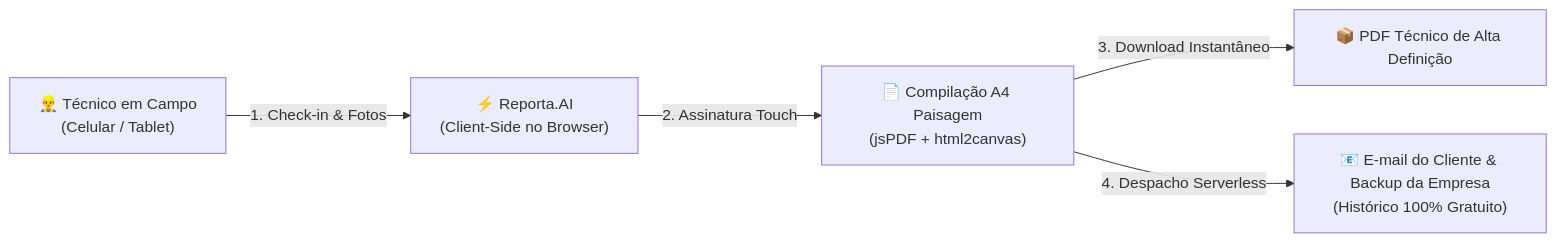
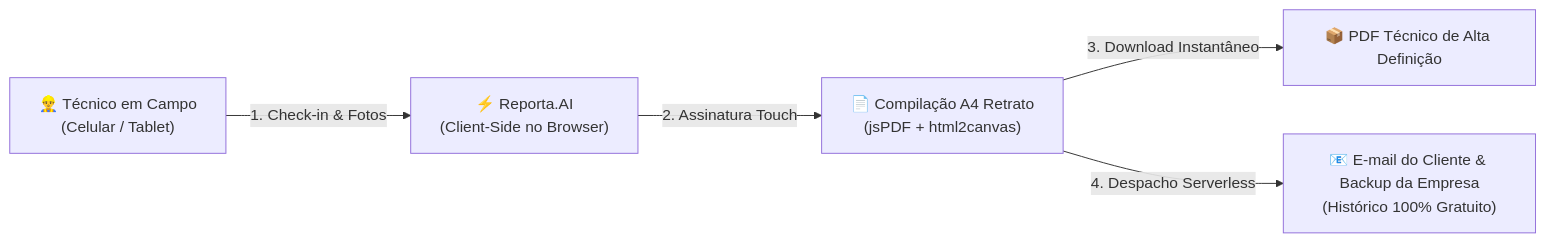
The diagram in README.md (GleiceAvelinor/Reporta.ai), drawn with Mermaid before and after one commit. The commit also changed other lines of this file and 2 other files, not shown here.

````diff
--- a/README.md
+++ b/README.md
@@ -16,7 +15,7 @@
 ```mermaid
 flowchart LR
     A["👷‍♂️ Técnico em Campo<br/>(Celular / Tablet)"] -->|1. Check-in & Fotos| B["⚡ Reporta.AI<br/>(Client-Side no Browser)"]
-    B -->|2. Assinatura Touch| C["📄 Compilação A4 Paisagem<br/>(jsPDF + html2canvas)"]
+    B -->|2. Assinatura Touch| C["📄 Compilação A4 Retrato<br/>(jsPDF + html2canvas)"]
     C -->|3. Download Instantâneo| D["📦 PDF Técnico de Alta Definição"]
     C -->|4. Despacho Serverless| E["📧 E-mail do Cliente & Backup da Empresa<br/>(Histórico 100% Gratuito)"]
 ```
````
